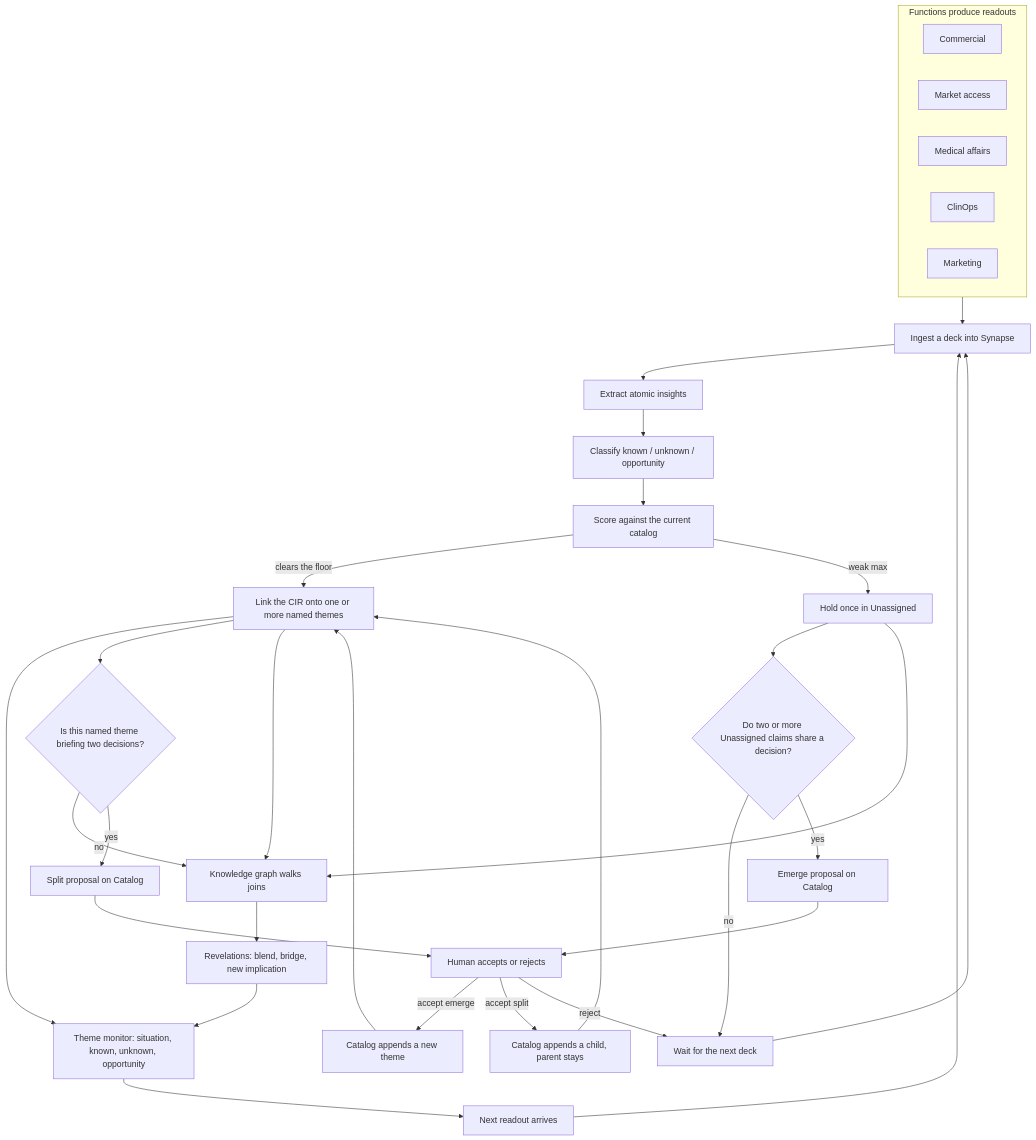
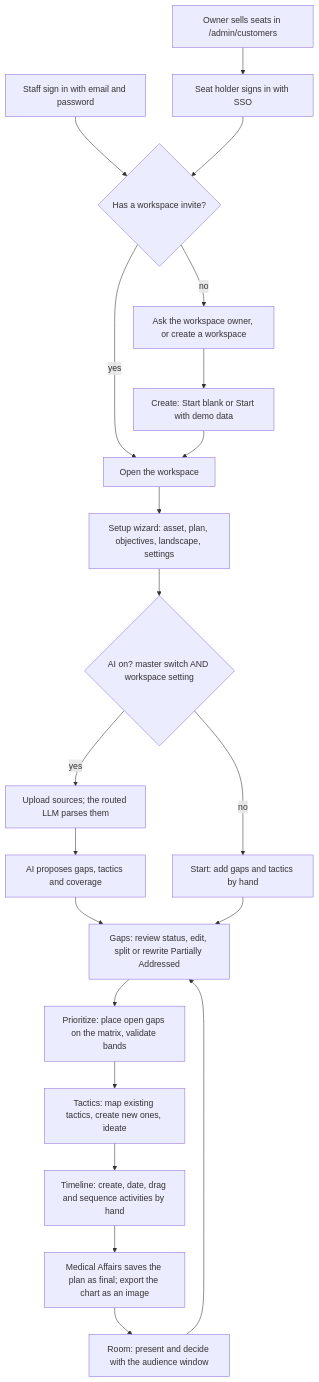
One commit to Shashb21/synapse changed the diagram in docs/sdlc/09-flow-high-level.md. Above: the diagram before and after it, drawn with Mermaid. The commit also changed other lines of this file and 10 other files, not shown here.

First line of the commit message:
KAN-21: sdlc architecture, process and flows describe the current product

````diff
--- a/docs/sdlc/09-flow-high-level.md
+++ b/docs/sdlc/09-flow-high-level.md
@@ -7,43 +7,23 @@
 ```mermaid
 flowchart TD
-  subgraph sources["Functions produce readouts"]
-    com["Commercial"]
-    acc["Market access"]
-    med["Medical affairs"]
-    ops["ClinOps"]
-    mkt["Marketing"]
-  end
-
-  sources --> ingest["Ingest a deck into Synapse"]
-  ingest --> extract["Extract atomic insights"]
-  extract --> classify["Classify known / unknown / opportunity"]
-  classify --> score["Score against the current catalog"]
-
-  score -->|"clears the floor"| join["Link the CIR onto one or more named themes"]
-  score -->|"weak max"| residual["Hold once in Unassigned"]
-
-  join --> monitor["Theme monitor: situation, known, unknown, opportunity"]
-  residual --> emergeQ{"Do two or more Unassigned claims share a decision?"}
-  emergeQ -->|no| wait["Wait for the next deck"]
-  emergeQ -->|yes| emerge["Emerge proposal on Catalog"]
-
-  join --> splitQ{"Is this named theme briefing two decisions?"}
-  splitQ -->|no| kg
-  splitQ -->|yes| split["Split proposal on Catalog"]
-
-  emerge --> human["Human accepts or rejects"]
-  split --> human
-  human -->|"accept emerge"| grow["Catalog appends a new theme"]
-  human -->|"accept split"| child["Catalog appends a child, parent stays"]
-  human -->|reject| wait
-  grow --> join
-  child --> join
-
-  join --> kg["Knowledge graph walks joins"]
-  residual --> kg
-  kg --> reveal["Revelations: blend, bridge, new implication"]
-  reveal --> monitor
-  monitor --> next["Next readout arrives"]
-  next --> ingest
-  wait --> ingest
+  owner["Owner sells seats in /admin/customers"] --> signin["Seat holder signs in with SSO"]
+  staff["Staff sign in with email and password"] --> ws
+  signin --> ws{"Has a workspace invite?"}
+  ws -->|no| ask["Ask the workspace owner, or create a workspace"]
+  ws -->|yes| open["Open the workspace"]
+  ask --> create["Create: Start blank or Start with demo data"]
+  create --> open
+  open --> setup["Setup wizard: asset, plan, objectives, landscape, settings"]
+  setup --> ai{"AI on? master switch AND workspace setting"}
+  ai -->|yes| upload["Upload sources; the routed LLM parses them"]
+  ai -->|no| start["Start: add gaps and tactics by hand"]
+  upload --> extract["AI proposes gaps, tactics and coverage"]
+  extract --> gaps["Gaps: review status, edit, split or rewrite Partially Addressed"]
+  start --> gaps
+  gaps --> prioritize["Prioritize: place open gaps on the matrix, validate bands"]
+  prioritize --> tactics["Tactics: map existing tactics, create new ones, ideate"]
+  tactics --> timeline["Timeline: create, date, drag and sequence activities by hand"]
+  timeline --> final["Medical Affairs saves the plan as final; export the chart as an image"]
+  final --> room["Room: present and decide with the audience window"]
+  room --> gaps
 ```
````
